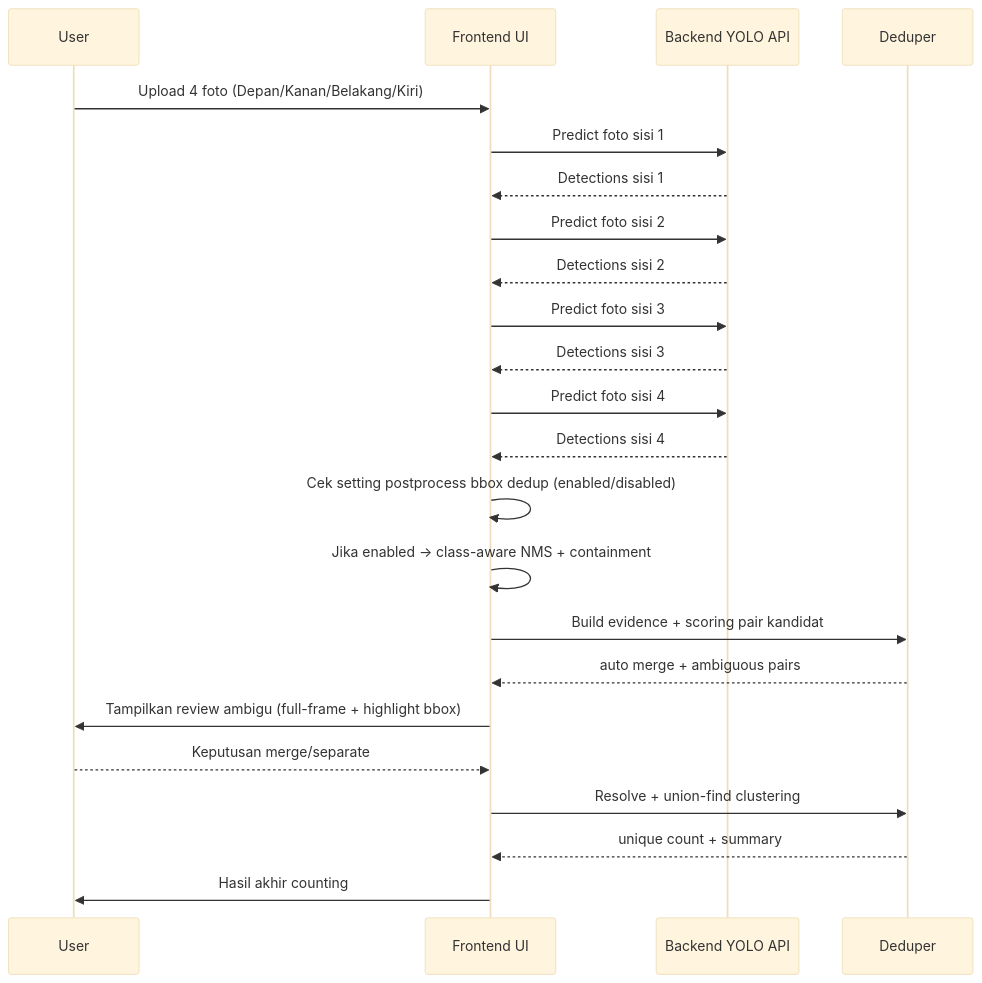
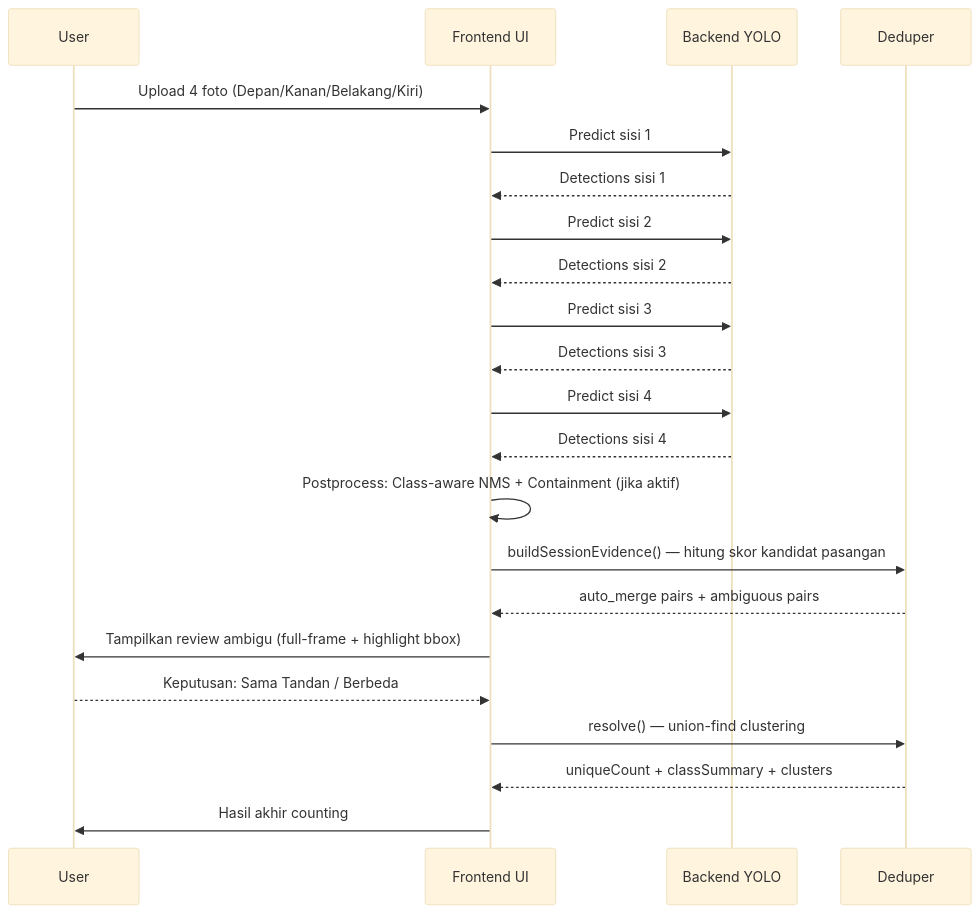
Before and after one commit to muhammad-zainal-muttaqin/tools_sawit: the first of 2 diagrams in docs/architecture.md, drawn with Mermaid (base theme). The commit also changed other lines of this file, not shown here.

````diff
--- a/docs/architecture.md
+++ b/docs/architecture.md
@@ -43,26 +164,25 @@
 ```mermaid
 sequenceDiagram
   participant U as User
   participant UI as Frontend UI
-  participant API as Backend YOLO API
+  participant API as Backend YOLO
   participant D as Deduper
 
   U->>UI: Upload 4 foto (Depan/Kanan/Belakang/Kiri)
-  UI->>API: Predict foto sisi 1
+  UI->>API: Predict sisi 1
   API-->>UI: Detections sisi 1
-  UI->>API: Predict foto sisi 2
+  UI->>API: Predict sisi 2
   API-->>UI: Detections sisi 2
-  UI->>API: Predict foto sisi 3
+  UI->>API: Predict sisi 3
   API-->>UI: Detections sisi 3
-  UI->>API: Predict foto sisi 4
+  UI->>API: Predict sisi 4
   API-->>UI: Detections sisi 4
-  UI->>UI: Cek setting postprocess bbox dedup (enabled/disabled)
-  UI->>UI: Jika enabled -> class-aware NMS + containment
-  UI->>D: Build evidence + scoring pair kandidat
-  D-->>UI: auto merge + ambiguous pairs
+  UI->>UI: Postprocess: Class-aware NMS + Containment (jika aktif)
+  UI->>D: buildSessionEvidence() — hitung skor kandidat pasangan
+  D-->>UI: auto_merge pairs + ambiguous pairs
   UI->>U: Tampilkan review ambigu (full-frame + highlight bbox)
-  U-->>UI: Keputusan merge/separate
-  UI->>D: Resolve + union-find clustering
-  D-->>UI: unique count + summary
+  U-->>UI: Keputusan: Sama Tandan / Berbeda
+  UI->>D: resolve() — union-find clustering
+  D-->>UI: uniqueCount + classSummary + clusters
   UI->>U: Hasil akhir counting
 ```
````
